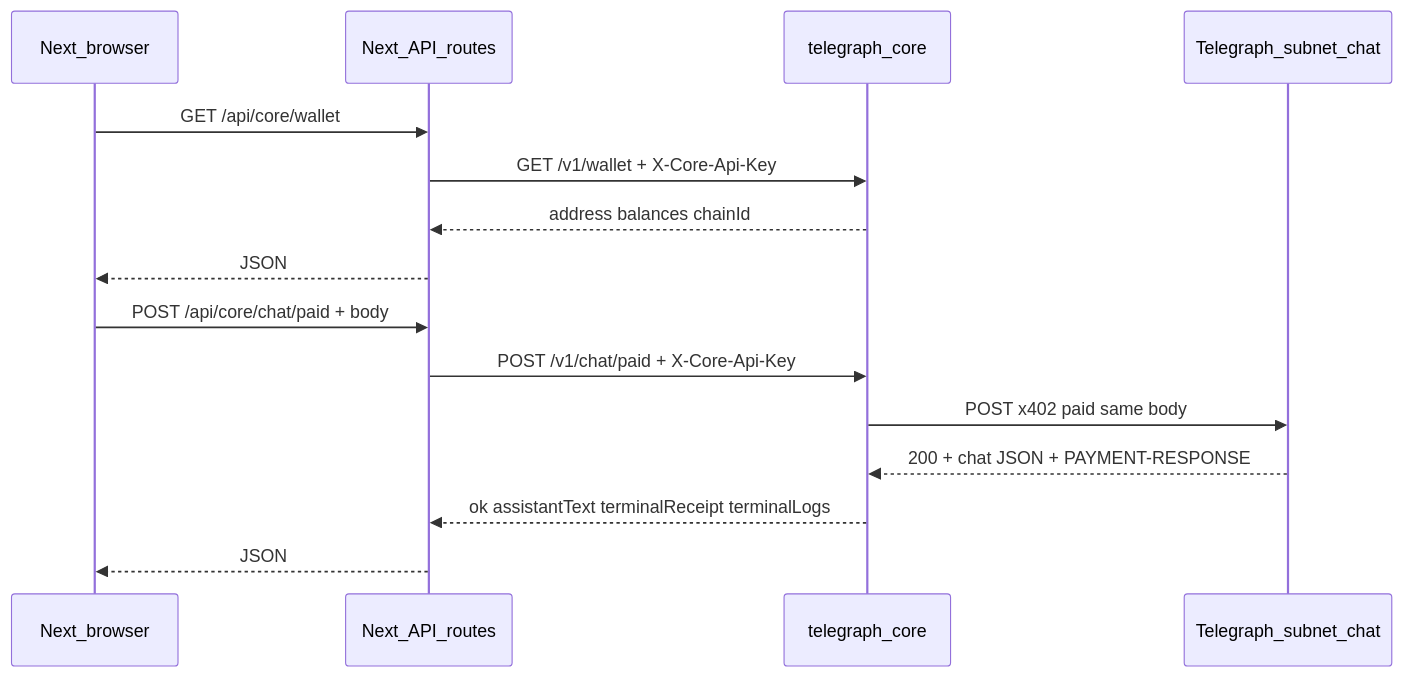
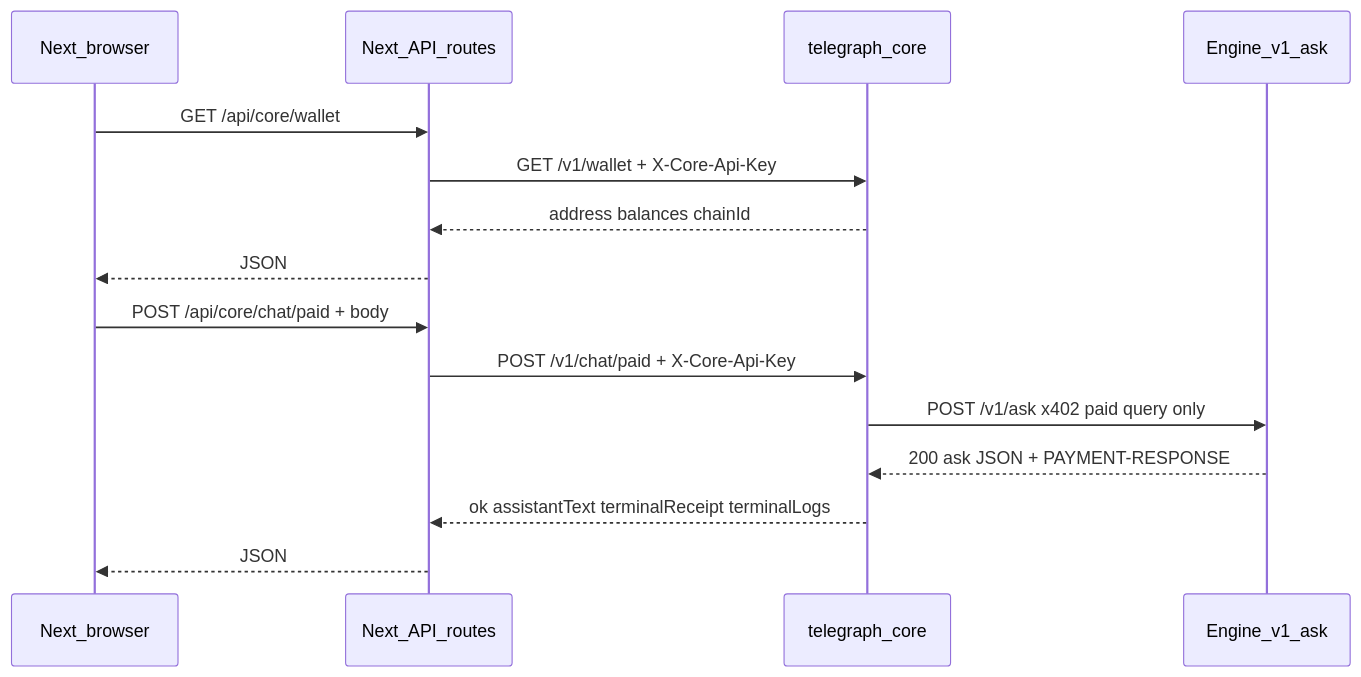
The diagram in Docs/core-custodial-x402.md (telegraphprotocol/telegraph-terminal), drawn with Mermaid before and after one commit. The commit also changed other lines of this file and 15 other files, not shown here.

First line of the commit message:
feat: engine paid chat UX, Kraken source links, and nav docs

````diff
--- a/Docs/core-custodial-x402.md
+++ b/Docs/core-custodial-x402.md
@@ -17,19 +17,19 @@
 ```mermaid
 sequenceDiagram
   participant Browser as Next_browser
   participant Next as Next_API_routes
   participant Core as telegraph_core
-  participant Telegraph as Telegraph_subnet_chat
+  participant Engine as Engine_v1_ask
 
   Browser->>Next: GET /api/core/wallet
   Next->>Core: GET /v1/wallet + X-Core-Api-Key
   Core-->>Next: address balances chainId
   Next-->>Browser: JSON
 
   Browser->>Next: POST /api/core/chat/paid + body
   Next->>Core: POST /v1/chat/paid + X-Core-Api-Key
-  Core->>Telegraph: POST x402 paid same body
-  Telegraph-->>Core: 200 + chat JSON + PAYMENT-RESPONSE
+  Core->>Engine: POST /v1/ask x402 paid query only
+  Engine-->>Core: 200 ask JSON + PAYMENT-RESPONSE
   Core-->>Next: ok assistantText terminalReceipt terminalLogs
   Next-->>Browser: JSON
 ```
````
